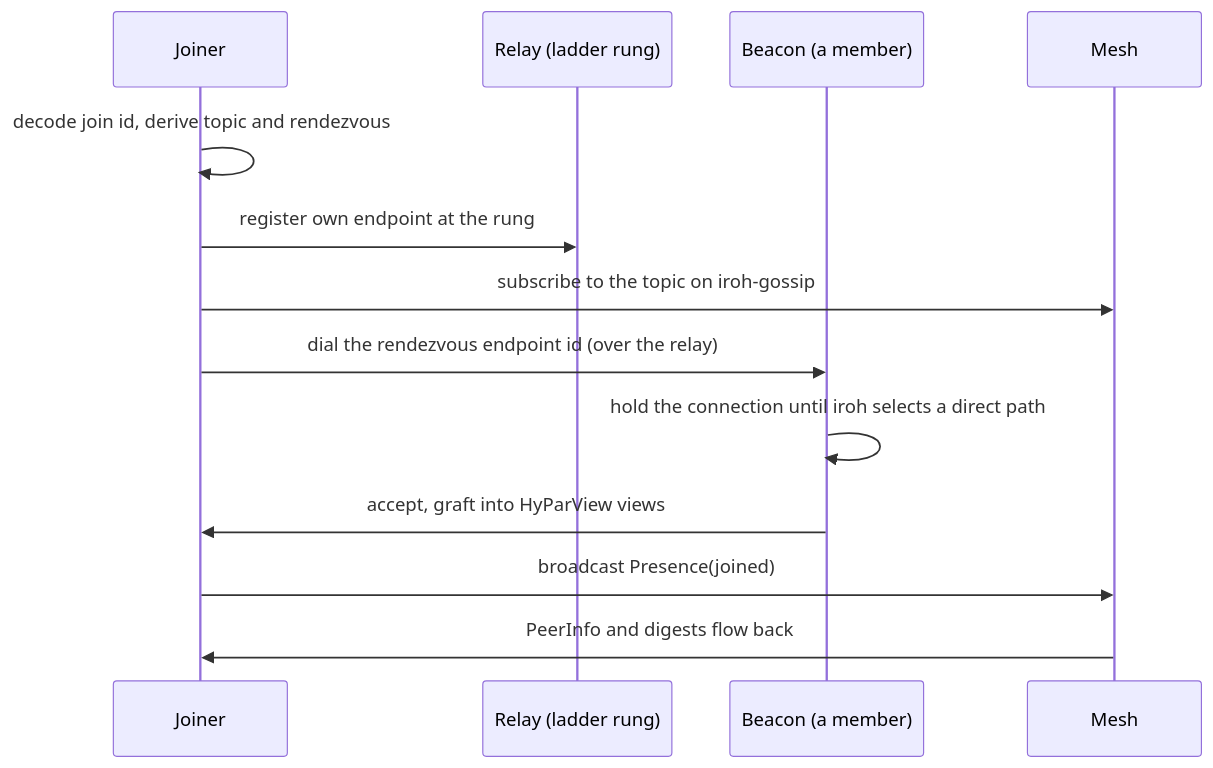
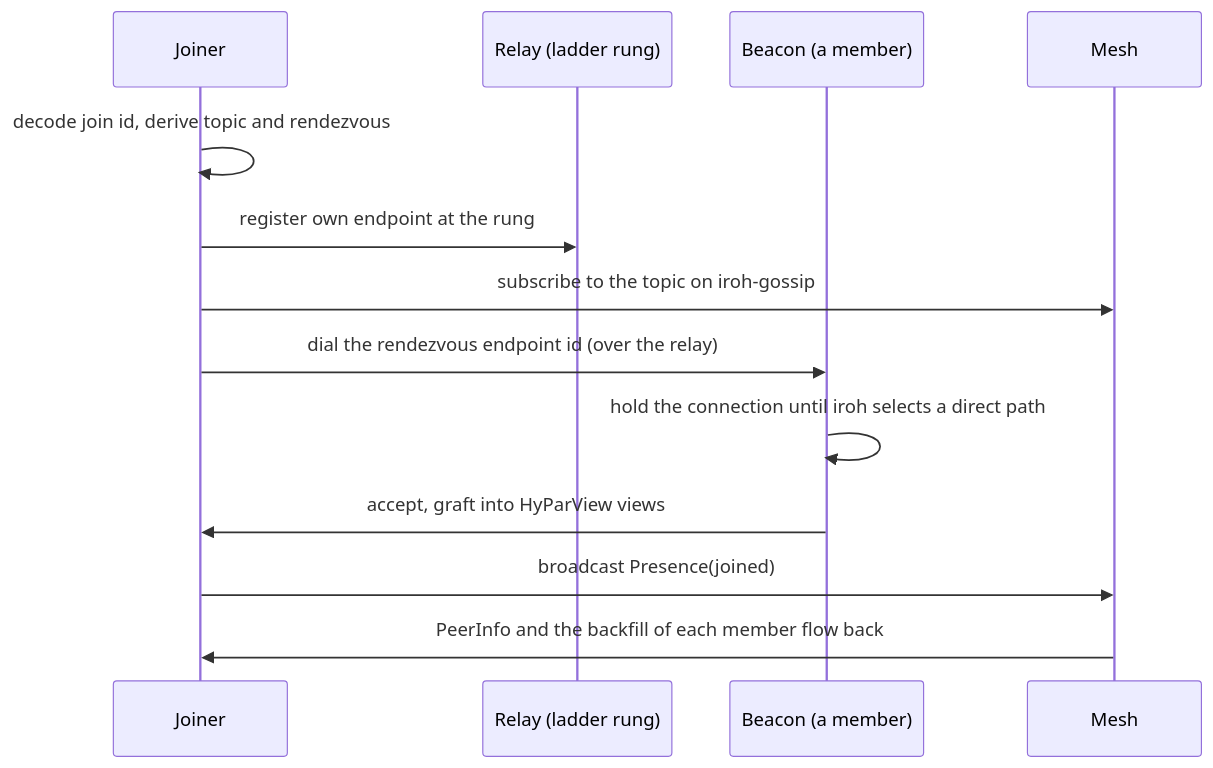
The fourth of 10 diagrams in docs/architecture.md (agent-habilis/habilis-network), drawn with Mermaid before and after one commit. The commit also changed other lines of this file and 196 other files, not shown here.

````diff
--- a/docs/architecture.md
+++ b/docs/architecture.md
@@ -216,15 +225,15 @@
 ```mermaid
 sequenceDiagram
     participant J as Joiner
     participant R as Relay (ladder rung)
     participant B as Beacon (a member)
     participant M as Mesh
     J->>J: decode join id, derive topic and rendezvous
     J->>R: register own endpoint at the rung
     J->>M: subscribe to the topic on iroh-gossip
     J->>B: dial the rendezvous endpoint id (over the relay)
     B->>B: hold the connection until iroh selects a direct path
     B->>J: accept, graft into HyParView views
     J->>M: broadcast Presence(joined)
-    M->>J: PeerInfo and digests flow back
+    M->>J: PeerInfo and the backfill of each member flow back
 ```
````
